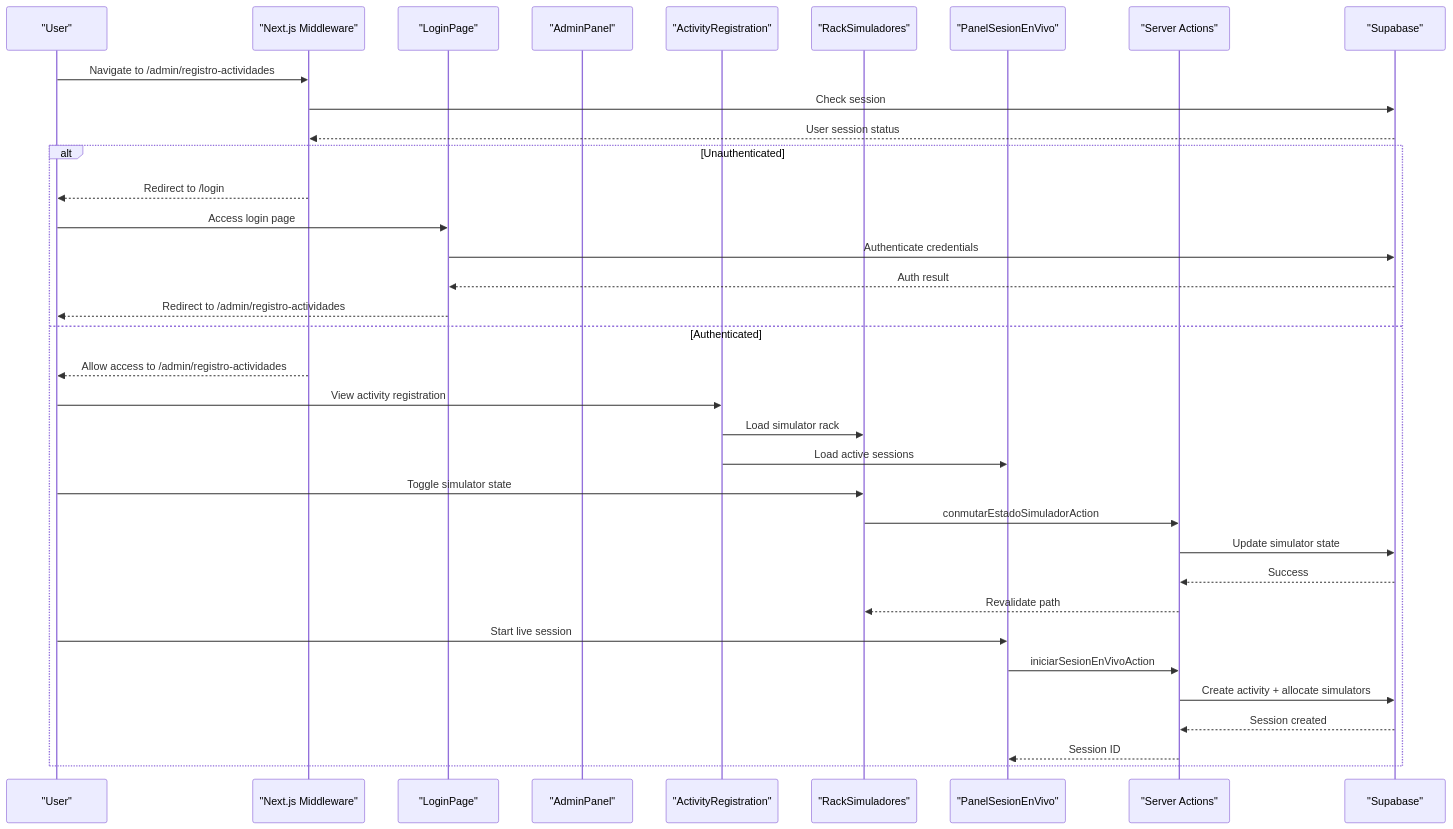
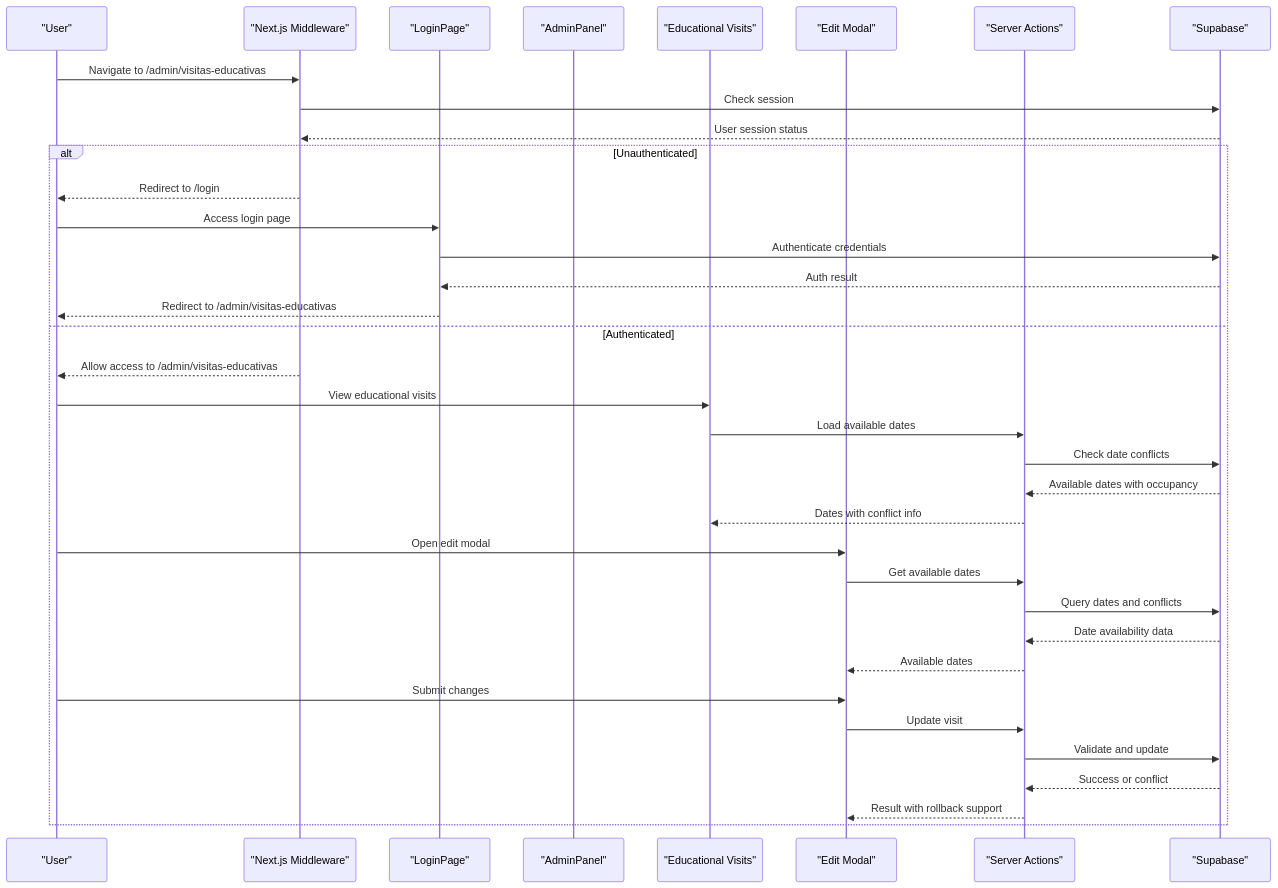
Before and after one commit to AgusCatra/simu-twin-web: the second of 9 diagrams in .qoder/repowiki/en/content/Application Structure & Organization/Administrative Panel.md, drawn with Mermaid. The commit also changed other lines of this file and 11 other files, not shown here.

First line of the commit message:
docs(admin): actualizar la documentación del panel administrativo

````diff
--- a/.qoder/repowiki/en/content/Application Structure & Organization/Administrative Panel.md
+++ b/.qoder/repowiki/en/content/Application Structure & Organization/Administrative Panel.md
@@ -169,37 +195,38 @@
 ```mermaid
 sequenceDiagram
 participant User as "User"
 participant Middleware as "Next.js Middleware"
 participant Login as "LoginPage"
 participant Admin as "AdminPanel"
-participant ActivityPage as "ActivityRegistration"
-participant Rack as "RackSimuladores"
-participant Panel as "PanelSesionEnVivo"
+participant VisitPage as "Educational Visits"
+participant EditModal as "Edit Modal"
 participant Actions as "Server Actions"
 participant DB as "Supabase"
-User->>Middleware : Navigate to /admin/registro-actividades
+User->>Middleware : Navigate to /admin/visitas-educativas
 Middleware->>DB : Check session
 DB-->>Middleware : User session status
 alt Unauthenticated
 Middleware-->>User : Redirect to /login
 User->>Login : Access login page
 Login->>DB : Authenticate credentials
 DB-->>Login : Auth result
-Login-->>User : Redirect to /admin/registro-actividades
+Login-->>User : Redirect to /admin/visitas-educativas
 else Authenticated
-Middleware-->>User : Allow access to /admin/registro-actividades
-User->>ActivityPage : View activity registration
-ActivityPage->>Rack : Load simulator rack
-ActivityPage->>Panel : Load active sessions
-User->>Rack : Toggle simulator state
-Rack->>Actions : conmutarEstadoSimuladorAction
-Actions->>DB : Update simulator state
-DB-->>Actions : Success
-Actions-->>Rack : Revalidate path
-User->>Panel : Start live session
-Panel->>Actions : iniciarSesionEnVivoAction
-Actions->>DB : Create activity + allocate simulators
-DB-->>Actions : Session created
-Actions-->>Panel : Session ID
+Middleware-->>User : Allow access to /admin/visitas-educativas
+User->>VisitPage : View educational visits
+VisitPage->>Actions : Load available dates
+Actions->>DB : Check date conflicts
+DB-->>Actions : Available dates with occupancy
+Actions-->>VisitPage : Dates with conflict info
+User->>EditModal : Open edit modal
+EditModal->>Actions : Get available dates
+Actions->>DB : Query dates and conflicts
+DB-->>Actions : Date availability data
+Actions-->>EditModal : Available dates
+User->>EditModal : Submit changes
+EditModal->>Actions : Update visit
+Actions->>DB : Validate and update
+DB-->>Actions : Success or conflict
+Actions-->>EditModal : Result with rollback support
 end
 ```
````
